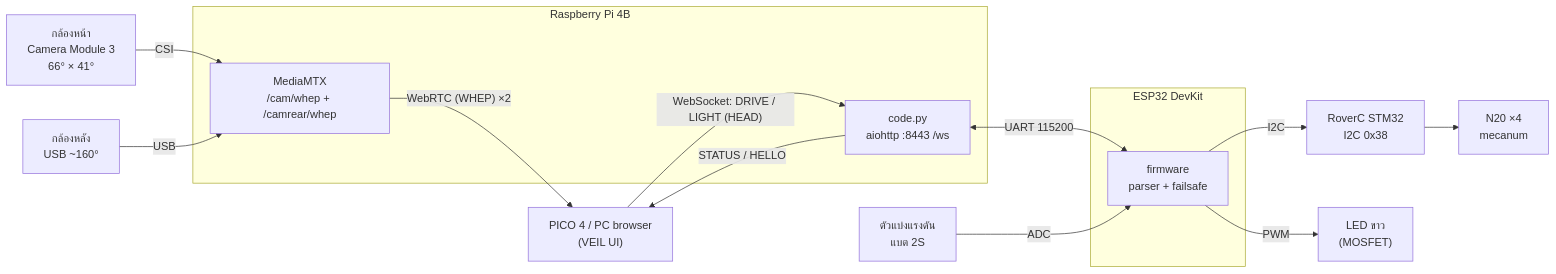
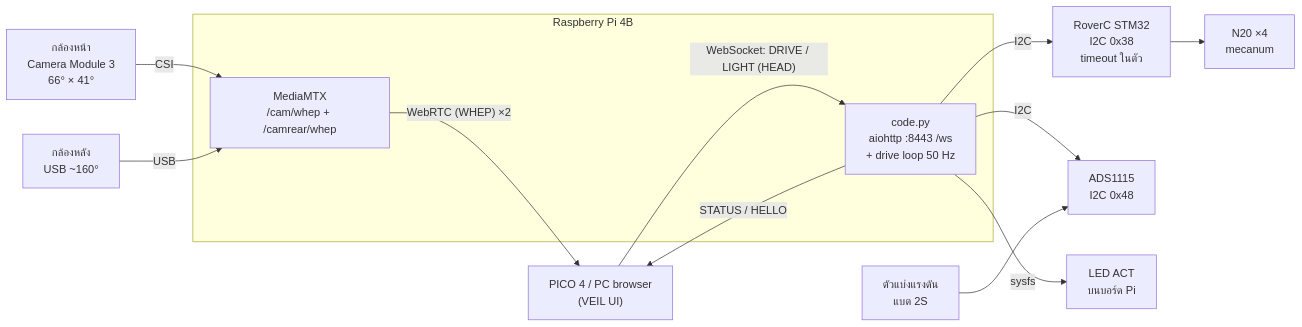
Before and after one commit to saifadecha07/CN360: the diagram in Docs/system-design.md, drawn with Mermaid. The commit also changed other lines of this file and 22 other files, not shown here.

````diff
--- a/Docs/system-design.md
+++ b/Docs/system-design.md
@@ -22,27 +22,25 @@
 ```mermaid
 flowchart LR
     U["PICO 4 / PC browser<br/>(VEIL UI)"]
     subgraph Pi["Raspberry Pi 4B"]
-        S["code.py<br/>aiohttp :8443 /ws"]
+        S["code.py<br/>aiohttp :8443 /ws<br/>+ drive loop 50 Hz"]
         M["MediaMTX<br/>/cam/whep + /camrear/whep"]
     end
     CF["กล้องหน้า<br/>Camera Module 3<br/>66° × 41°"]
     CR["กล้องหลัง<br/>USB ~160°"]
-    subgraph E["ESP32 DevKit"]
-        F["firmware<br/>parser + failsafe"]
-    end
-    R["RoverC STM32<br/>I2C 0x38"]
+    R["RoverC STM32<br/>I2C 0x38<br/>timeout ในตัว"]
     W["N20 ×4<br/>mecanum"]
-    L["LED ขาว<br/>(MOSFET)"]
+    A["ADS1115<br/>I2C 0x48"]
+    L["LED ACT<br/>บนบอร์ด Pi"]
     B["ตัวแบ่งแรงดัน<br/>แบต 2S"]
 
     U -- "WebSocket: DRIVE / LIGHT (HEAD)" --> S
     S -- "STATUS / HELLO" --> U
     M -- "WebRTC (WHEP) ×2" --> U
     CF -- CSI --> M
     CR -- USB --> M
-    S <-- "UART 115200" --> F
-    F -- I2C --> R --> W
-    F -- PWM --> L
-    B -- ADC --> F
+    S -- I2C --> R --> W
+    S -- I2C --> A
+    B --> A
+    S -- sysfs --> L
 ```
````
